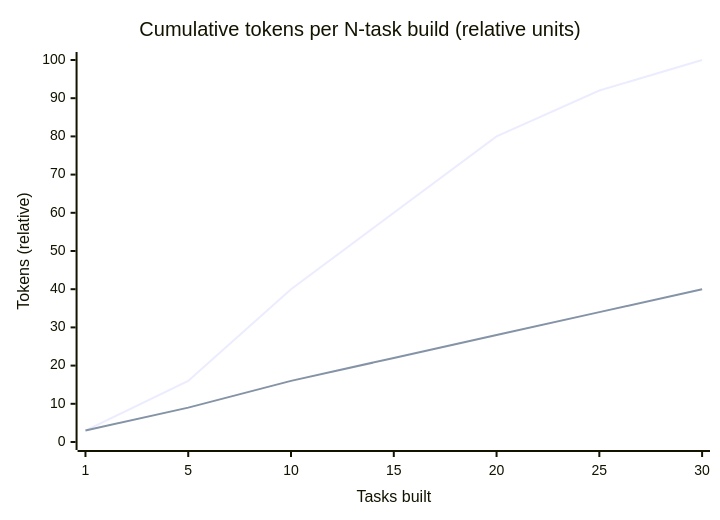
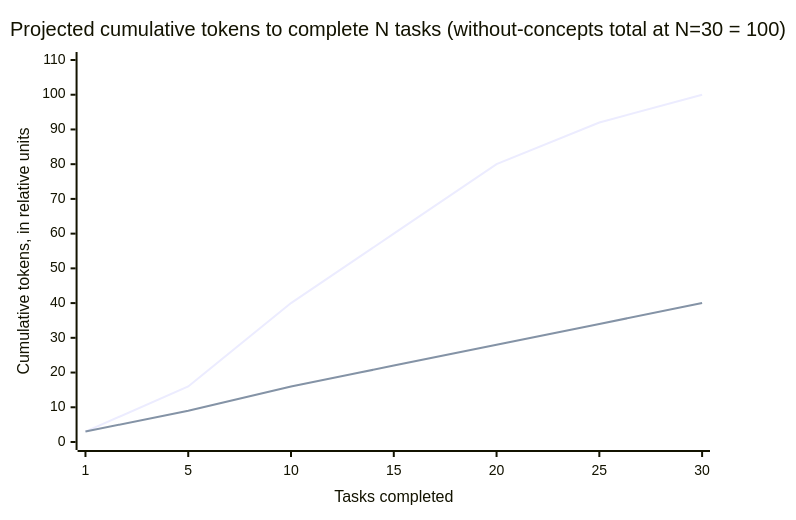
One commit to Zuhlek/loom changed diagram 15 of 15 in orchestrator/weave/lifecycle-concepts-toc.md. Above: the diagram before and after it, drawn with Mermaid. The commit also changed other lines of this file and 37 other files, not shown here.

````diff
--- a/orchestrator/weave/lifecycle-concepts-toc.md
+++ b/orchestrator/weave/lifecycle-concepts-toc.md
@@ -494,8 +1100,8 @@
 ```mermaid
 xychart-beta
-  title "Cumulative tokens per N-task build (relative units)"
-  x-axis "Tasks built" [1, 5, 10, 15, 20, 25, 30]
-  y-axis "Tokens (relative)" 0 --> 100
-  line "Forge (shared ctx, O(N²)-ish)" [3, 16, 40, 60, 80, 92, 100]
-  line "Loom (fresh subagents, ~O(N))" [3, 9, 16, 22, 28, 34, 40]
+  title "Projected cumulative tokens to complete N tasks (without-concepts total at N=30 = 100)"
+  x-axis "Tasks completed" [1, 5, 10, 15, 20, 25, 30]
+  y-axis "Cumulative tokens, in relative units" 0 --> 110
+  line "Without these concepts" [3, 16, 40, 60, 80, 92, 100]
+  line "With these concepts"    [3, 9, 16, 22, 28, 34, 40]
 ```
````
